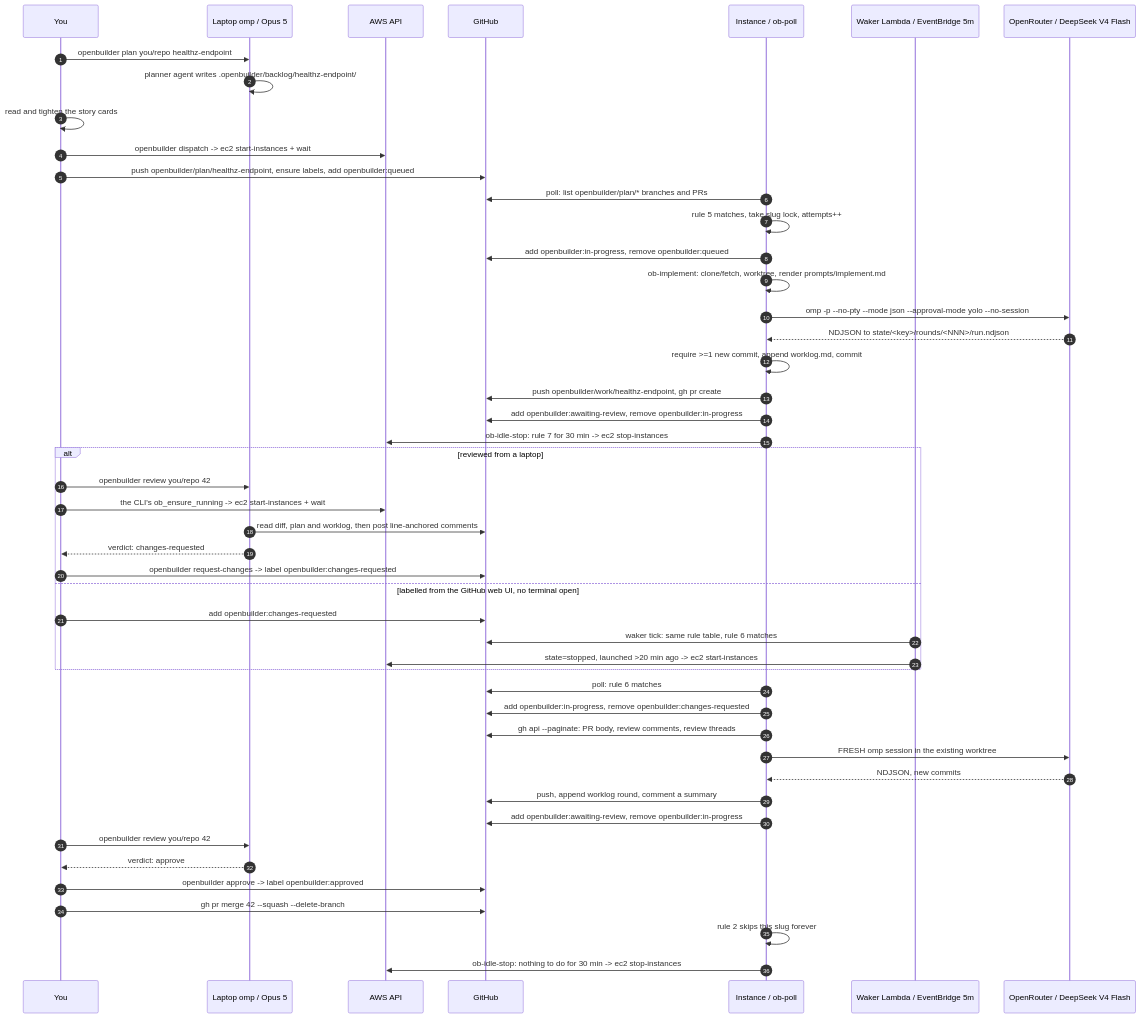
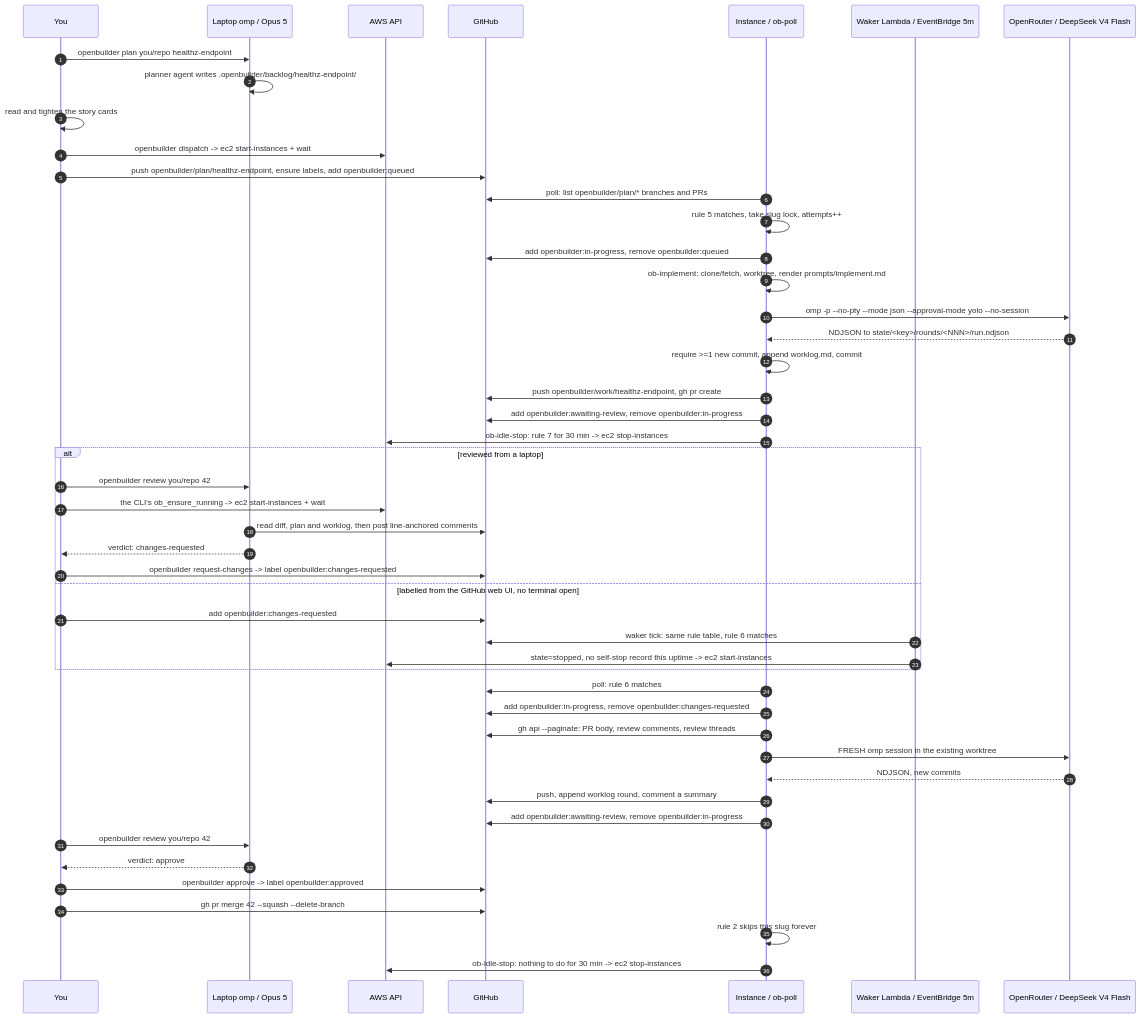
One commit to artemkurylo/openbuilder changed the second of 2 diagrams in docs/architecture.md. Above: the diagram before and after it, drawn with Mermaid. The commit also changed other lines of this file and 4 other files, not shown here.

````diff
--- a/docs/architecture.md
+++ b/docs/architecture.md
@@ -350,51 +393,51 @@
 ```mermaid
 sequenceDiagram
     autonumber
     participant U as You
     participant L as Laptop omp / Opus 5
     participant A as AWS API
     participant G as GitHub
     participant B as Instance / ob-poll
     participant W as Waker Lambda / EventBridge 5m
     participant M as OpenRouter / DeepSeek V4 Flash
 
     U->>L: openbuilder plan you/repo healthz-endpoint
     L->>L: planner agent writes .openbuilder/backlog/healthz-endpoint/
     U->>U: read and tighten the story cards
     U->>A: openbuilder dispatch -> ec2 start-instances + wait
     U->>G: push openbuilder/plan/healthz-endpoint, ensure labels, add openbuilder:queued
     B->>G: poll: list openbuilder/plan/* branches and PRs
     B->>B: rule 5 matches, take slug lock, attempts++
     B->>G: add openbuilder:in-progress, remove openbuilder:queued
     B->>B: ob-implement: clone/fetch, worktree, render prompts/implement.md
     B->>M: omp -p --no-pty --mode json --approval-mode yolo --no-session
     M-->>B: NDJSON to state/<key>/rounds/<NNN>/run.ndjson
     B->>B: require >=1 new commit, append worklog.md, commit
     B->>G: push openbuilder/work/healthz-endpoint, gh pr create
     B->>G: add openbuilder:awaiting-review, remove openbuilder:in-progress
     B->>A: ob-idle-stop: rule 7 for 30 min -> ec2 stop-instances
     alt reviewed from a laptop
         U->>L: openbuilder review you/repo 42
         U->>A: the CLI's ob_ensure_running -> ec2 start-instances + wait
         L->>G: read diff, plan and worklog, then post line-anchored comments
         L-->>U: verdict: changes-requested
         U->>G: openbuilder request-changes -> label openbuilder:changes-requested
     else labelled from the GitHub web UI, no terminal open
         U->>G: add openbuilder:changes-requested
         W->>G: waker tick: same rule table, rule 6 matches
-        W->>A: state=stopped, launched >20 min ago -> ec2 start-instances
+        W->>A: state=stopped, no self-stop record this uptime -> ec2 start-instances
     end
     B->>G: poll: rule 6 matches
     B->>G: add openbuilder:in-progress, remove openbuilder:changes-requested
     B->>G: gh api --paginate: PR body, review comments, review threads
     B->>M: FRESH omp session in the existing worktree
     M-->>B: NDJSON, new commits
     B->>G: push, append worklog round, comment a summary
     B->>G: add openbuilder:awaiting-review, remove openbuilder:in-progress
     U->>L: openbuilder review you/repo 42
     L-->>U: verdict: approve
     U->>G: openbuilder approve -> label openbuilder:approved
     U->>G: gh pr merge 42 --squash --delete-branch
     B->>B: rule 2 skips this slug forever
     B->>A: ob-idle-stop: nothing to do for 30 min -> ec2 stop-instances
 ```
````
